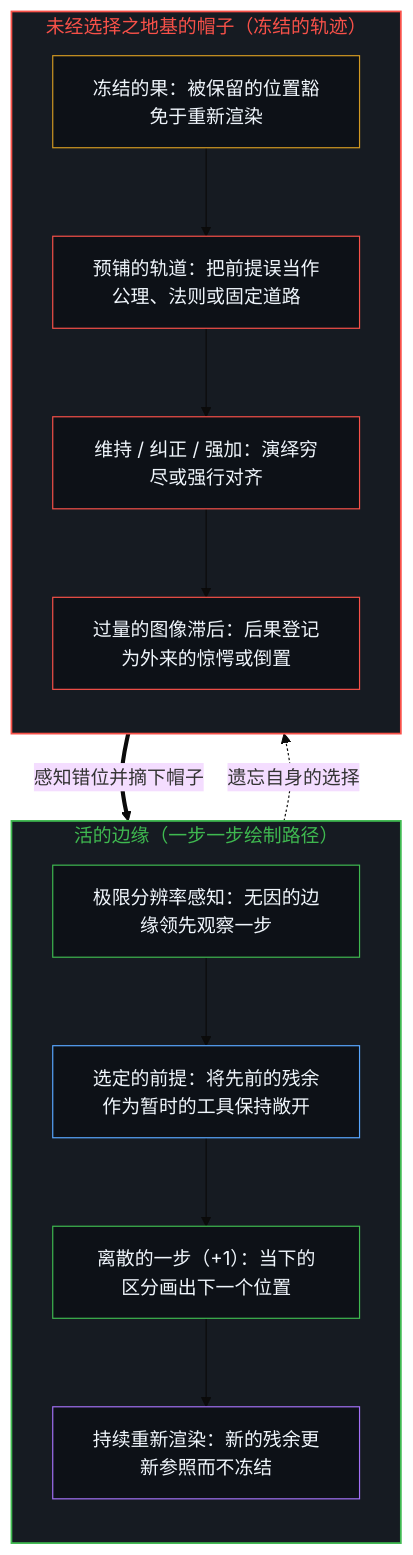
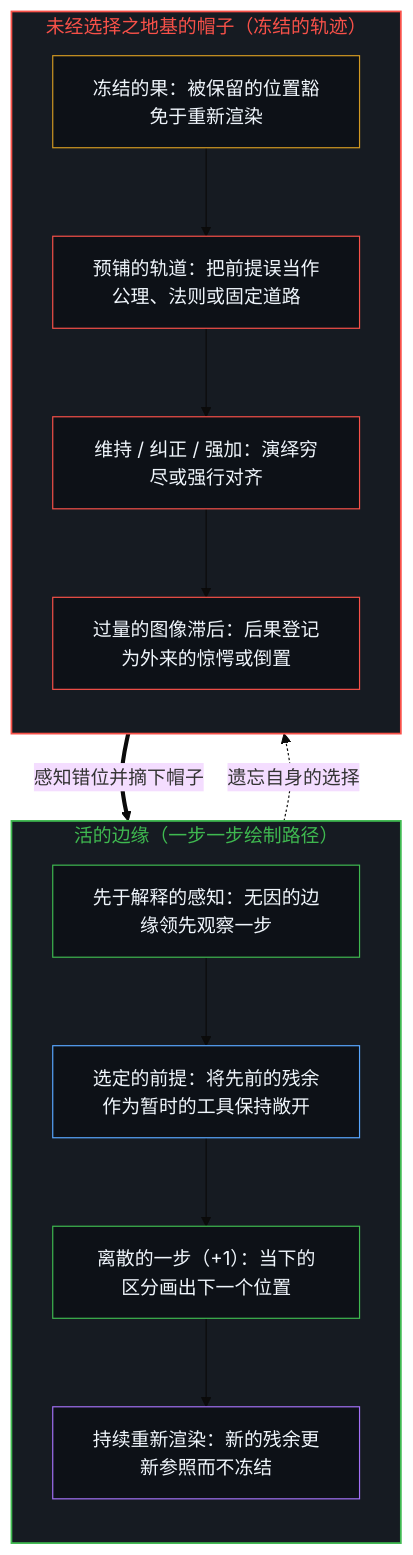
Before and after one commit to powerpig99/not-a-toe: the first of 2 diagrams in content/posts/the-path-drawn-one-step-at-a-time.md, drawn with Mermaid (base theme). The commit also changed other lines of this file and 13 other files, not shown here.

````diff
--- a/content/posts/the-path-drawn-one-step-at-a-time.md
+++ b/content/posts/the-path-drawn-one-step-at-a-time.md
@@ -21,31 +21,31 @@
 ```mermaid
 flowchart TD
     subgraph S_Live["活的边缘（一步一步绘制路径）"]
         direction TB
-        L_Sense["极限分辨率感知：无因的边缘领先观察一步"]
+        L_Sense["先于解释的感知：无因的边缘领先观察一步"]
         L_Premise["选定的前提：将先前的残余作为暂时的工具保持敞开"]
         L_Step["离散的一步（+1）：当下的区分画出下一个位置"]
         L_Renew["持续重新渲染：新的残余更新参照而不冻结"]
         L_Sense --> L_Premise --> L_Step --> L_Renew
     end
     subgraph S_Hat["未经选择之地基的帽子（冻结的轨迹）"]
         direction TB
         H_Freeze["冻结的果：被保留的位置豁免于重新渲染"]
         H_Track["预铺的轨道：把前提误当作公理、法则或固定道路"]
         H_Modes["维持 / 纠正 / 强加：演绎穷尽或强行对齐"]
         H_Gap["过量的图像滞后：后果登记为外来的惊愕或倒置"]
         H_Freeze --> H_Track --> H_Modes --> H_Gap
     end
     L_Premise -.->|"遗忘自身的选择"| H_Freeze
     H_Gap ==>|"感知错位并摘下帽子"| L_Sense
     style S_Live fill:#161b22,stroke:#3fb950,stroke-width:1.5px,color:#3fb950
     style S_Hat fill:#161b22,stroke:#f85149,stroke-width:1.5px,color:#f85149
     style L_Sense fill:#0d1117,stroke:#3fb950,stroke-width:1px,color:#f0f6fc
     style L_Premise fill:#0d1117,stroke:#58a6ff,stroke-width:1px,color:#f0f6fc
     style L_Step fill:#0d1117,stroke:#3fb950,stroke-width:1px,color:#f0f6fc
     style L_Renew fill:#0d1117,stroke:#a371f7,stroke-width:1px,color:#f0f6fc
     style H_Freeze fill:#0d1117,stroke:#d29922,stroke-width:1px,color:#f0f6fc
     style H_Track fill:#0d1117,stroke:#f85149,stroke-width:1px,color:#f0f6fc
     style H_Modes fill:#0d1117,stroke:#f85149,stroke-width:1px,color:#f0f6fc
     style H_Gap fill:#0d1117,stroke:#f85149,stroke-width:1px,color:#f0f6fc
 ```
````
